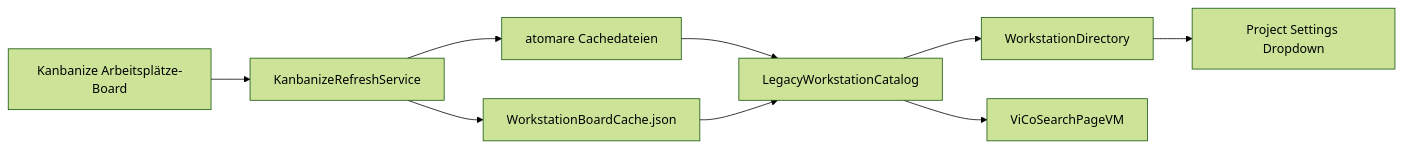
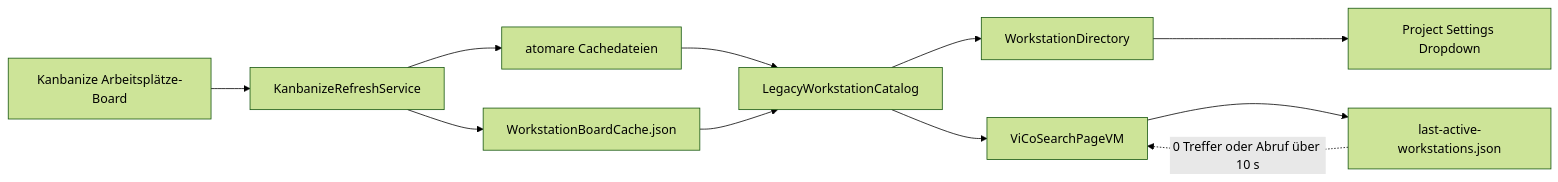
The first of 6 diagrams in docs/DATENFLUESSE.md (Marbest4/VIBN_Tools_Neu), drawn with Mermaid (forest theme) before and after one commit. The commit also changed other lines of this file and 30 other files, not shown here.

````diff
--- a/docs/DATENFLUESSE.md
+++ b/docs/DATENFLUESSE.md
@@ -5,11 +5,13 @@
 ```mermaid
 flowchart LR
     K[Kanbanize Arbeitsplätze-Board] --> R[KanbanizeRefreshService]
     R --> C[atomare Cachedateien]
     R --> S[WorkstationBoardCache.json]
     C --> P[LegacyWorkstationCatalog]
     S --> P
     P --> D[WorkstationDirectory]
     P --> V[ViCoSearchPageVM]
+    V --> L[last-active-workstations.json]
+    L -. 0 Treffer oder Abruf über 10 s .-> V
     D --> PS[Project Settings Dropdown]
 ```
````
